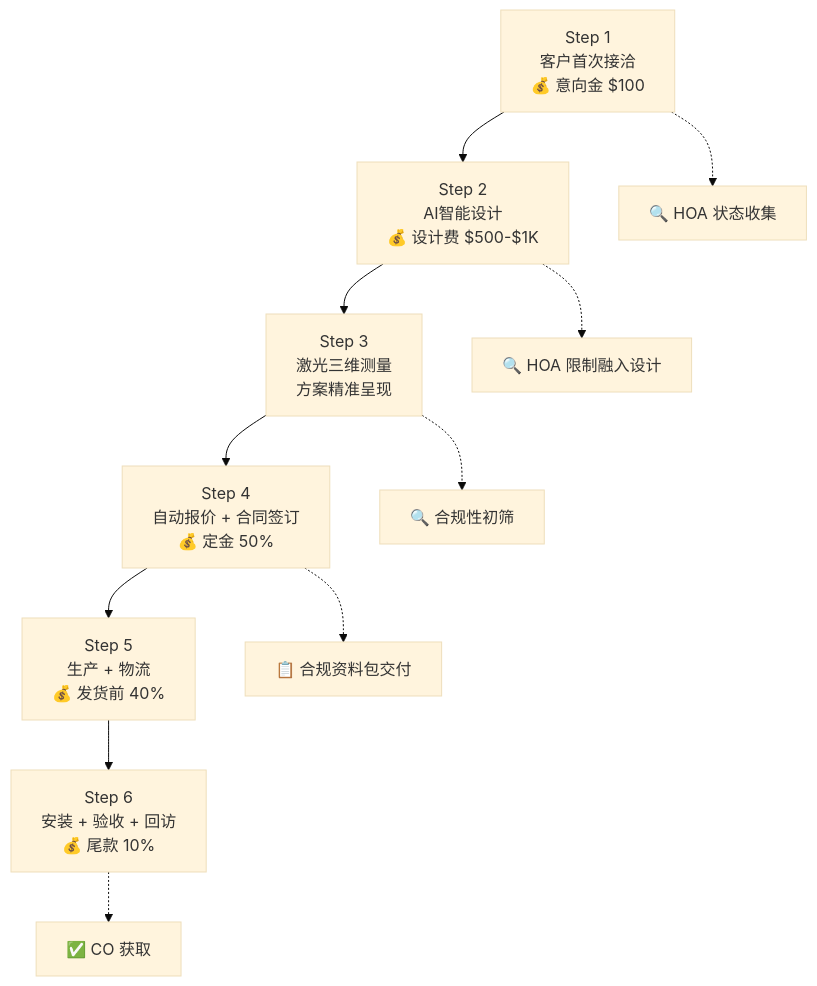
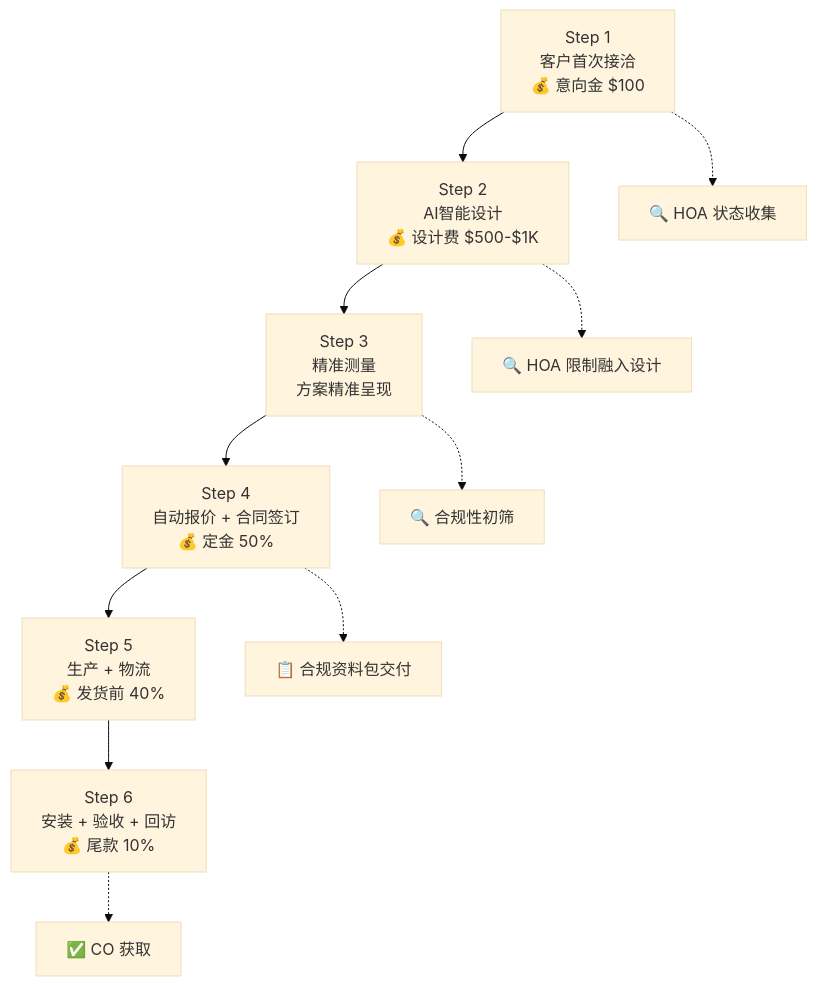
Before and after one commit to websterzhangsh/N-Site-Prototype: the diagram in docs/business-workflow.md, drawn with Mermaid (base theme). The commit also changed other lines of this file, not shown here.

First line of the commit message:
Fix Step 3: manual measurement as primary, laser scan remains planned

````diff
--- a/docs/business-workflow.md
+++ b/docs/business-workflow.md
@@ -47,14 +47,14 @@
 ```mermaid
 graph TB
     S1["Step 1<br/>客户首次接洽<br/>💰 意向金 $100"] --> S2["Step 2<br/>AI智能设计<br/>💰 设计费 $500-$1K"]
-    S2 --> S3["Step 3<br/>激光三维测量<br/>方案精准呈现"]
+    S2 --> S3["Step 3<br/>精准测量<br/>方案精准呈现"]
     S3 --> S4["Step 4<br/>自动报价 + 合同签订<br/>💰 定金 50%"]
     S4 --> S5["Step 5<br/>生产 + 物流<br/>💰 发货前 40%"]
     S5 --> S6["Step 6<br/>安装 + 验收 + 回访<br/>💰 尾款 10%"]
 
     S1 -.-> C1["🔍 HOA 状态收集"]
     S2 -.-> C2["🔍 HOA 限制融入设计"]
     S3 -.-> C3["🔍 合规性初筛"]
     S4 -.-> C4["📋 合规资料包交付"]
     S6 -.-> C5["✅ CO 获取"]
 ```
````
